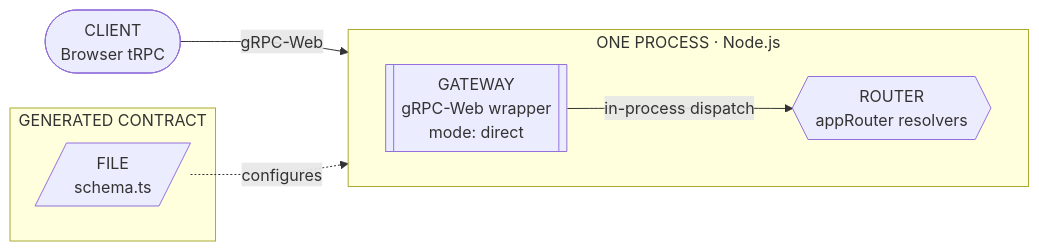
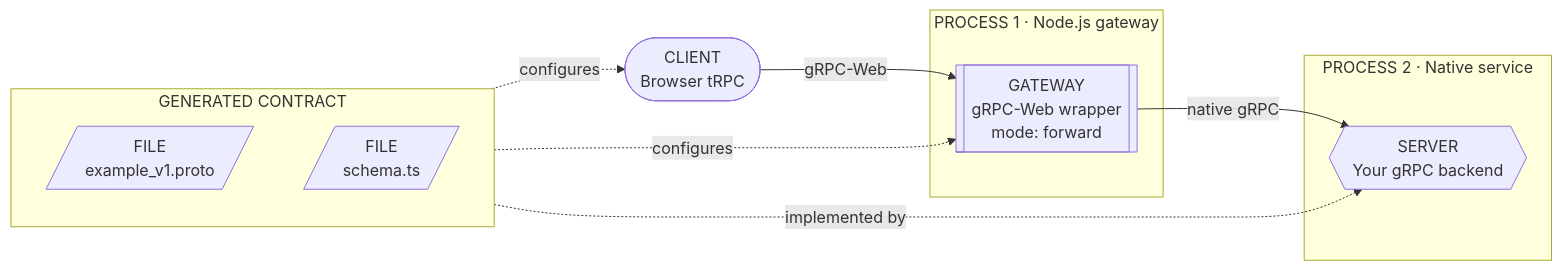
The third of 3 diagrams in README.md (iocat/trpc-proto), drawn with Mermaid before and after one commit. The commit also changed other lines of this file and 10 other files, not shown here.

````diff
--- a/README.md
+++ b/README.md
@@ -70,18 +265,24 @@
 ```mermaid
 flowchart LR
   Browser(["CLIENT<br/>Browser tRPC"])
 
   subgraph Contract["GENERATED CONTRACT"]
+    direction TB
+    Proto[/"FILE<br/>example_v1.proto"/]
     Schema[/"FILE<br/>schema.ts"/]
   end
 
-  subgraph NodeProcess["ONE PROCESS · Node.js"]
-    direction LR
-    Wrapper[["GATEWAY<br/>gRPC-Web wrapper<br/>mode: direct"]]
-    Router{{"ROUTER<br/>appRouter resolvers"}}
-    Wrapper -->|"in-process dispatch"| Router
+  subgraph WrapperProcess["PROCESS 1 · Node.js gateway"]
+    Wrapper[["GATEWAY<br/>gRPC-Web wrapper<br/>mode: forward"]]
+  end
+
+  subgraph BackendProcess["PROCESS 2 · Native service"]
+    Backend{{"SERVER<br/>Your gRPC backend"}}
   end
 
   Browser -->|"gRPC-Web"| Wrapper
+  Wrapper -->|"native gRPC"| Backend
+  Schema -. "configures" .-> Browser
   Schema -. "configures" .-> Wrapper
+  Proto -. "implemented by" .-> Backend
 ```
````
